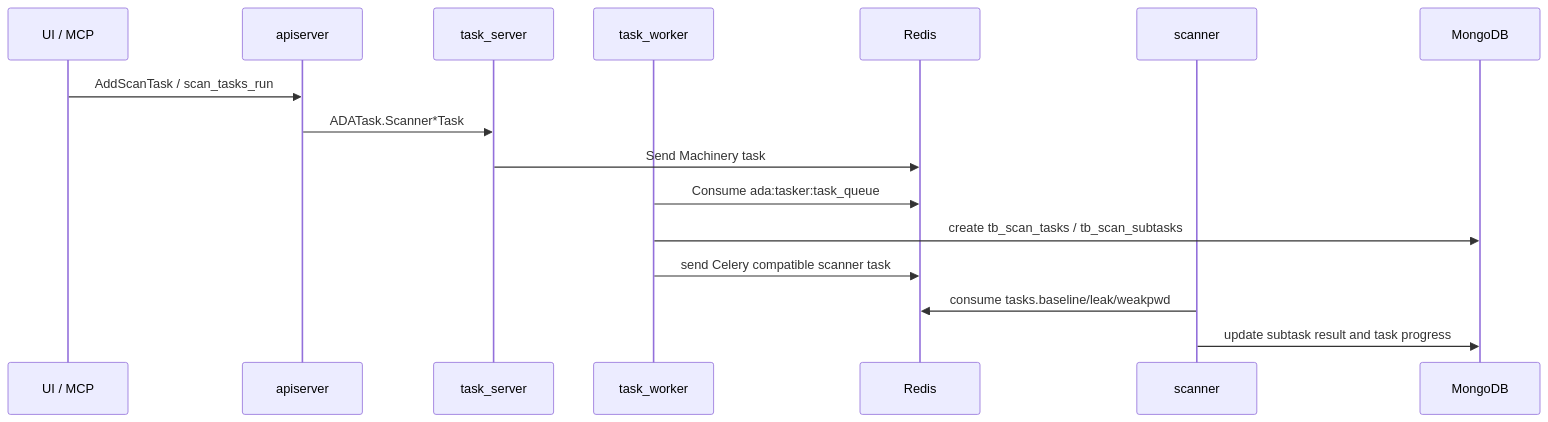
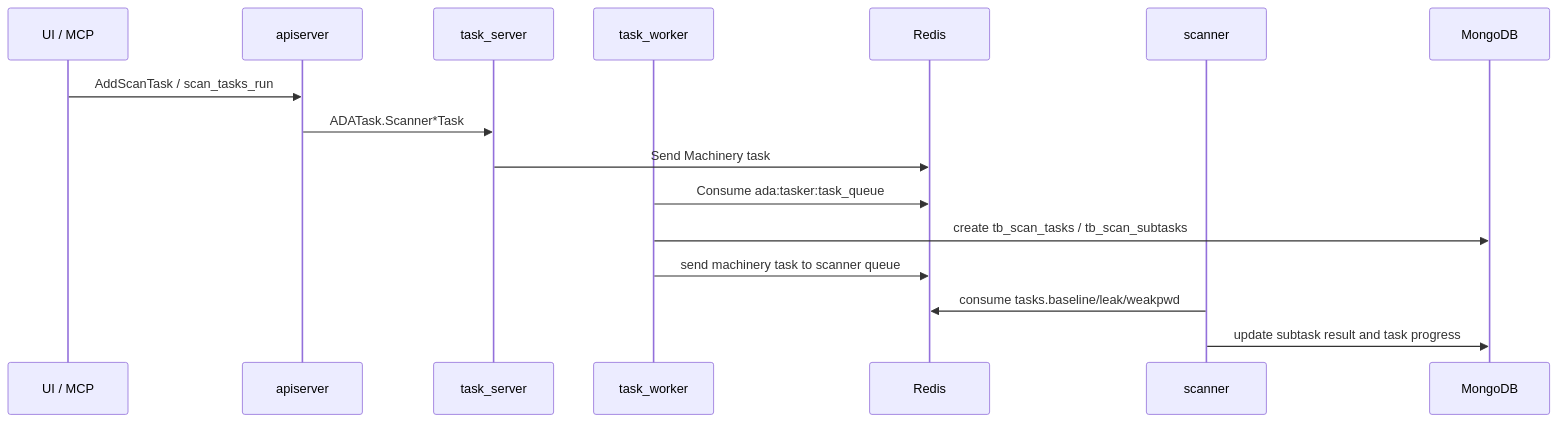
Before and after one commit to Lingerhk/ada: the diagram in docs/04-backend-api-tasker.md, drawn with Mermaid. The commit also changed other lines of this file and 29 other files, not shown here.

First line of the commit message:
Unify task dispatch on machinery and remove the gocelery fork

````diff
--- a/docs/04-backend-api-tasker.md
+++ b/docs/04-backend-api-tasker.md
@@ -124,19 +124,19 @@
 ```mermaid
 sequenceDiagram
   participant UI as UI / MCP
   participant API as apiserver
   participant TS as task_server
   participant TW as task_worker
   participant Redis as Redis
   participant Scanner as scanner
   participant Mongo as MongoDB
 
   UI->>API: AddScanTask / scan_tasks_run
   API->>TS: ADATask.Scanner*Task
   TS->>Redis: Send Machinery task
   TW->>Redis: Consume ada:tasker:task_queue
   TW->>Mongo: create tb_scan_tasks / tb_scan_subtasks
-  TW->>Redis: send Celery compatible scanner task
+  TW->>Redis: send machinery task to scanner queue
   Scanner->>Redis: consume tasks.baseline/leak/weakpwd
   Scanner->>Mongo: update subtask result and task progress
 ```
````
